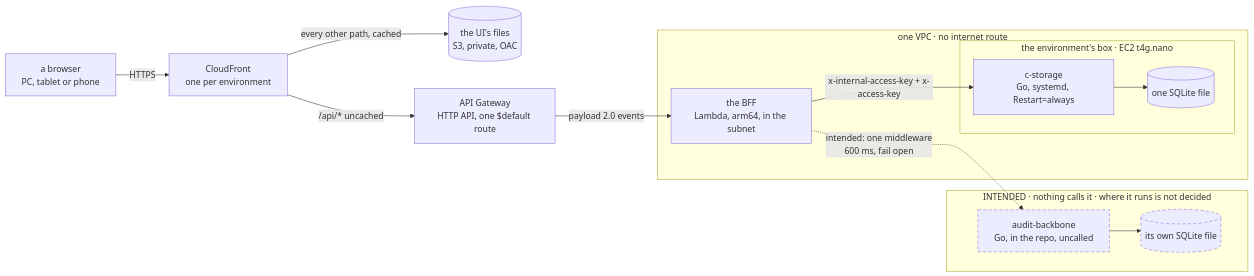
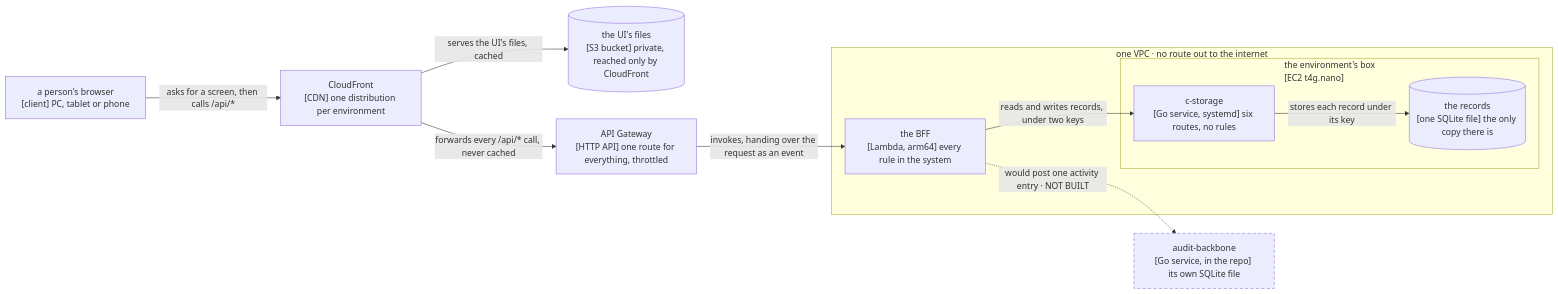
Before and after one commit to ancJ29/credo: the diagram in docs/architecture.md, drawn with Mermaid. The commit also changed other lines of this file and 4 other files, not shown here.

````diff
--- a/docs/architecture.md
+++ b/docs/architecture.md
@@ -29,28 +19,24 @@
 ```mermaid
 flowchart LR
-  browser["a browser<br/>PC, tablet or phone"]
-  cdn["CloudFront<br/>one per environment"]
-  s3[("the UI's files<br/>S3, private, OAC")]
-  api["API Gateway<br/>HTTP API, one $default route"]
-  subgraph vpc["one VPC · no internet route"]
-    bff["the BFF<br/>Lambda, arm64, in the subnet"]
-    subgraph box["the environment's box · EC2 t4g.nano"]
-      cs["c-storage<br/>Go, systemd, Restart=always"]
-      db[("one SQLite file")]
+  browser["a person's browser<br/>[client] PC, tablet or phone"]
+  cdn["CloudFront<br/>[CDN] one distribution per environment"]
+  s3[("the UI's files<br/>[S3 bucket] private, reached only by CloudFront")]
+  api["API Gateway<br/>[HTTP API] one route for everything, throttled"]
+  subgraph vpc["one VPC · no route out to the internet"]
+    bff["the BFF<br/>[Lambda, arm64] every rule in the system"]
+    subgraph box["the environment's box<br/>[EC2 t4g.nano]"]
+      cs["c-storage<br/>[Go service, systemd] six routes, no rules"]
+      db[("the records<br/>[one SQLite file] the only copy there is")]
     end
   end
-  browser -- "HTTPS" --> cdn
-  cdn -- "every other path, cached" --> s3
-  cdn -- "/api/* uncached" --> api
-  api -- "payload 2.0 events" --> bff
-  bff -- "x-internal-access-key + x-access-key" --> cs
-  cs --> db
-  subgraph soon["INTENDED · nothing calls it · where it runs is not decided"]
-    ab["audit-backbone<br/>Go, in the repo, uncalled"]
-    adb[("its own SQLite file")]
-  end
-  bff -. "intended: one middleware<br/>600 ms, fail open" .-> ab
-  ab --> adb
+  ab["audit-backbone<br/>[Go service, in the repo] its own SQLite file"]
+  browser -- "asks for a screen, then calls /api/*" --> cdn
+  cdn -- "serves the UI's files, cached" --> s3
+  cdn -- "forwards every /api/* call, never cached" --> api
+  api -- "invokes, handing over the request as an event" --> bff
+  bff -- "reads and writes records, under two keys" --> cs
+  cs -- "stores each record under its key" --> db
+  bff -. "would post one activity entry · NOT BUILT" .-> ab
   classDef intended stroke-dasharray: 6 4
-  class ab,adb intended
+  class ab intended
 ```
````
